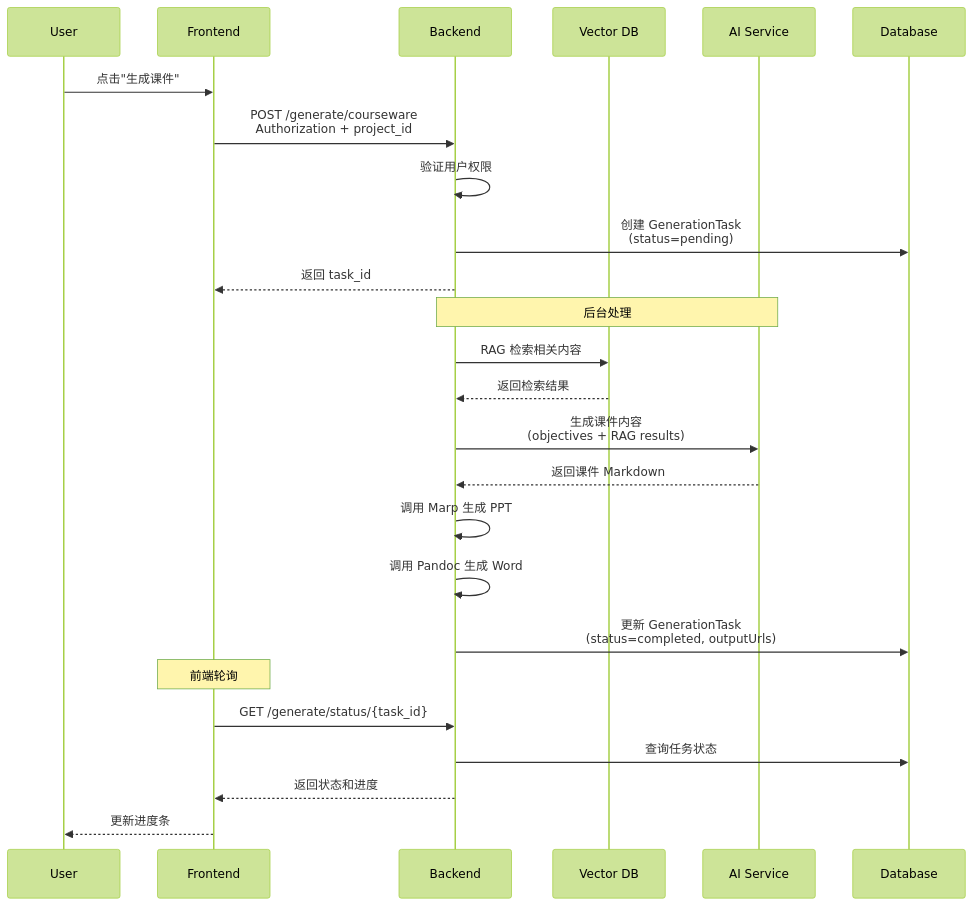
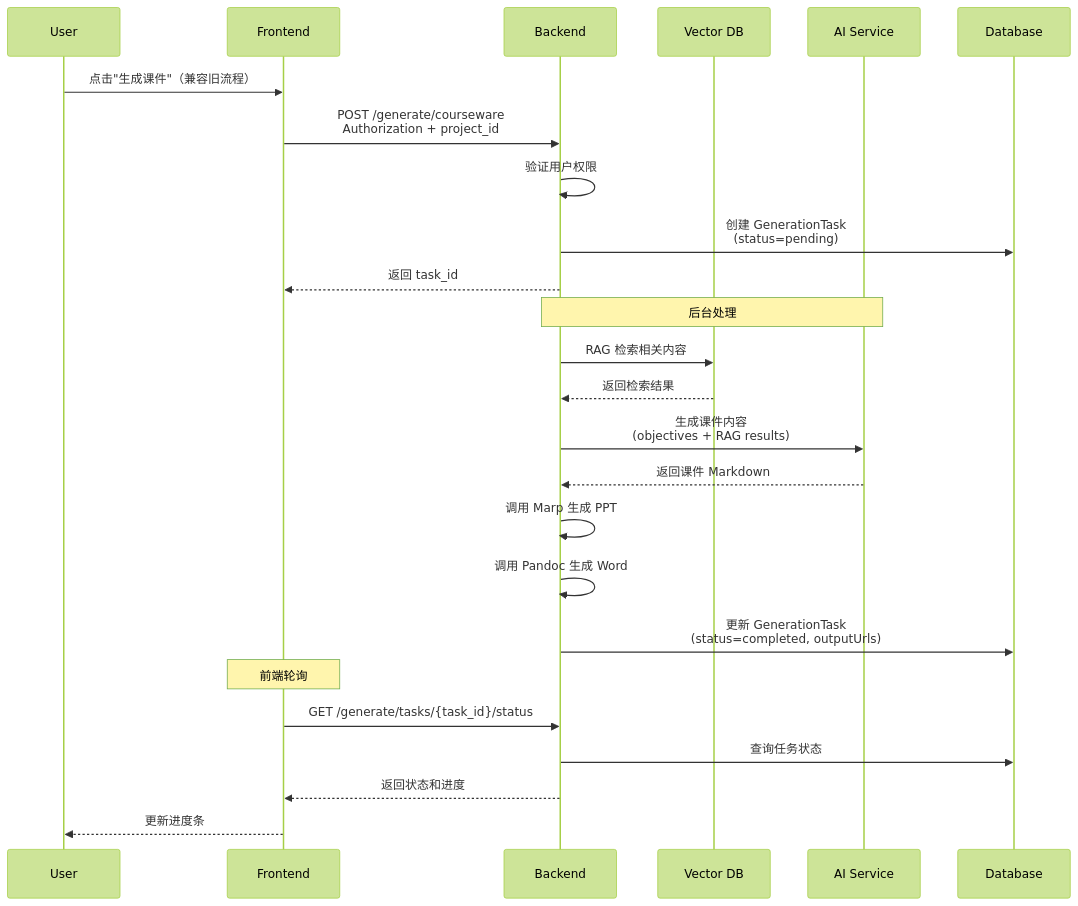
One commit to ln-one/Spectra changed the eighth of 9 diagrams in docs/architecture/system/data-flow.md. Above: the diagram before and after it, drawn with Mermaid (forest theme). The commit also changed other lines of this file and 14 other files, not shown here.

````diff
--- a/docs/architecture/system/data-flow.md
+++ b/docs/architecture/system/data-flow.md
@@ -105,30 +182,30 @@
 ```mermaid
 sequenceDiagram
  participant U as User
  participant F as Frontend
  participant B as Backend
  participant V as Vector DB
  participant AI as AI Service
  participant DB as Database
 
- U->>F: 点击"生成课件"
+ U->>F: 点击"生成课件"（兼容旧流程）
  F->>B: POST /generate/courseware<br/>Authorization + project_id
  B->>B: 验证用户权限
  B->>DB: 创建 GenerationTask<br/>(status=pending)
  B-->>F: 返回 task_id
  
  Note over B,AI: 后台处理
  B->>V: RAG 检索相关内容
  V-->>B: 返回检索结果
  B->>AI: 生成课件内容<br/>(objectives + RAG results)
  AI-->>B: 返回课件 Markdown
  B->>B: 调用 Marp 生成 PPT
  B->>B: 调用 Pandoc 生成 Word
  B->>DB: 更新 GenerationTask<br/>(status=completed, outputUrls)
  
  Note over F: 前端轮询
- F->>B: GET /generate/status/{task_id}
+ F->>B: GET /generate/tasks/{task_id}/status
  B->>DB: 查询任务状态
  B-->>F: 返回状态和进度
  F-->>U: 更新进度条
 ```
````
